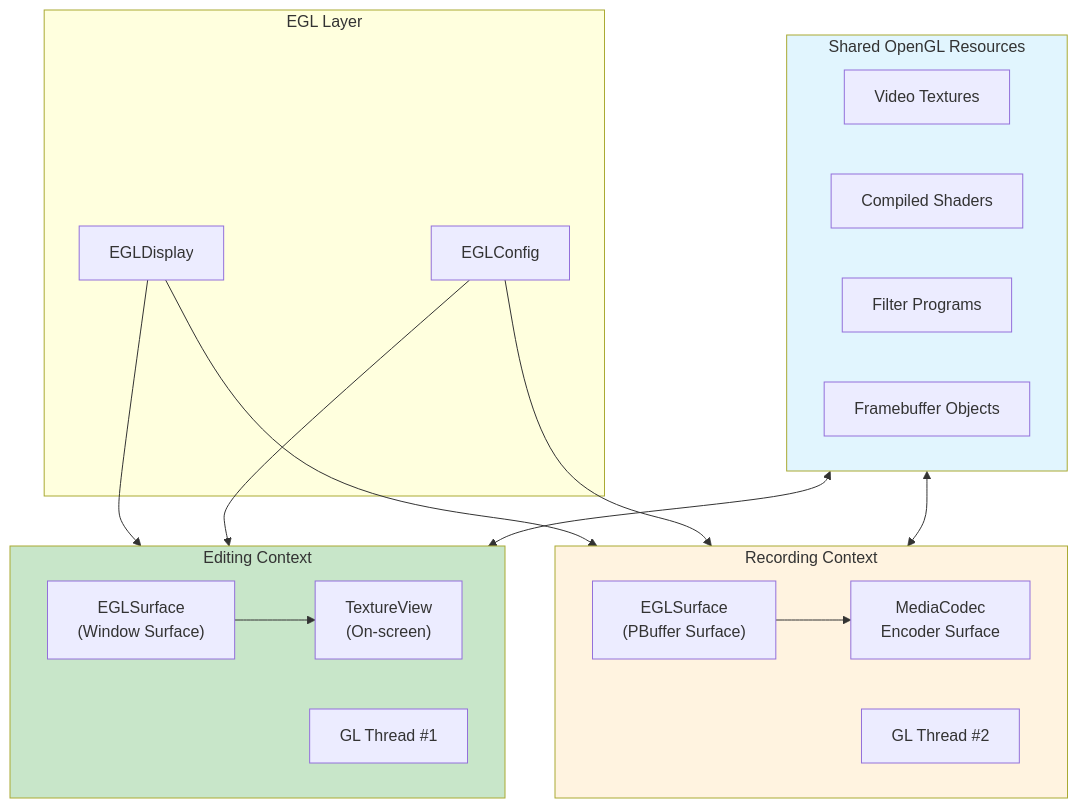
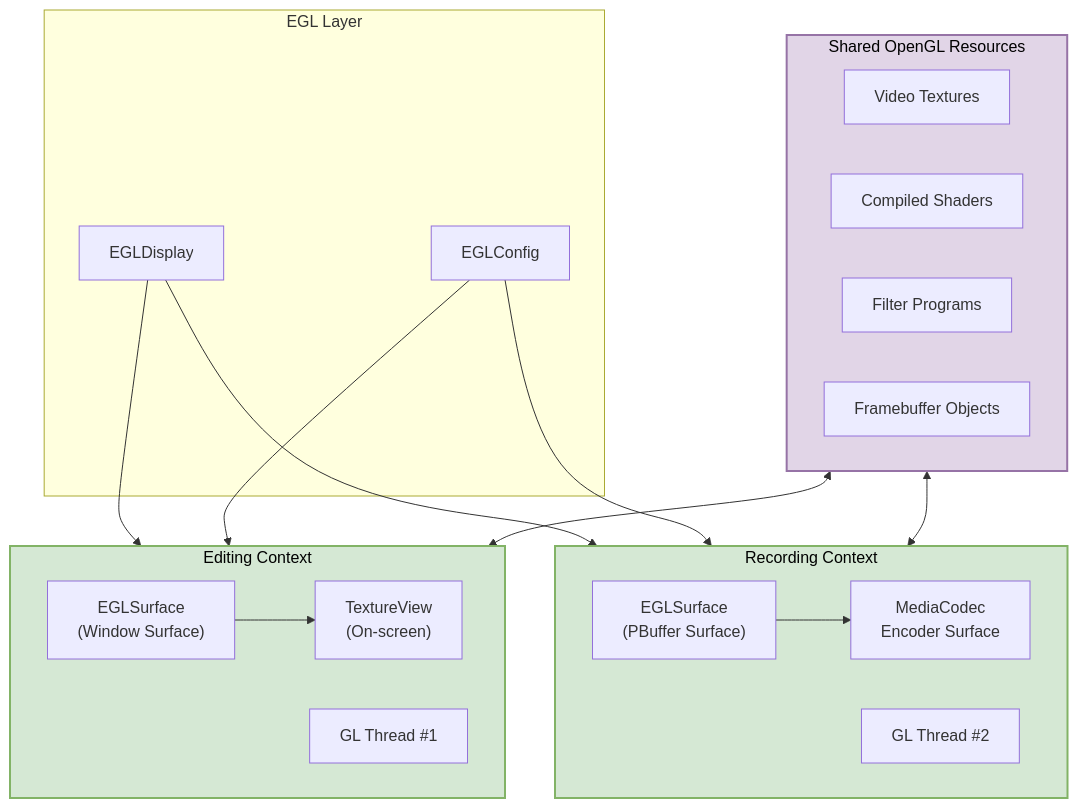
One commit to monday8am/monday8am.github.io changed the second of 5 diagrams in _posts/2021-11-21-storybeat-tales.md. Above: the diagram before and after it, drawn with Mermaid. The commit also changed other lines of this file, not shown here.

````diff
--- a/_posts/2021-11-21-storybeat-tales.md
+++ b/_posts/2021-11-21-storybeat-tales.md
@@ -118,42 +140,46 @@
 ```mermaid
 flowchart TB
+    classDef blue fill:#dae8fc,stroke:#6c8ebf,stroke-width:2px,color:black
+    classDef green fill:#d5e8d4,stroke:#82b366,stroke-width:2px,color:black
+    classDef purple fill:#e1d5e7,stroke:#9673a6,stroke-width:2px,color:black
+
     subgraph EGL["EGL Layer"]
         EGLDisplay["EGLDisplay"]
         EGLConfig["EGLConfig"]
     end
 
     subgraph SharedResources["Shared OpenGL Resources"]
         direction LR
         Textures["Video Textures"]
         Shaders["Compiled Shaders"]
         Filters["Filter Programs"]
         FBOs["Framebuffer Objects"]
     end
 
     subgraph EditContext["Editing Context"]
         EditSurface["EGLSurface<br/>(Window Surface)"]
         EditThread["GL Thread #1"]
         TextView["TextureView<br/>(On-screen)"]
     end
 
     subgraph RecordContext["Recording Context"]
         RecordSurface["EGLSurface<br/>(PBuffer Surface)"]
         RecordThread["GL Thread #2"]
         Encoder["MediaCodec<br/>Encoder Surface"]
     end
 
     EGLDisplay --> EditContext
     EGLDisplay --> RecordContext
     EGLConfig --> EditContext
     EGLConfig --> RecordContext
 
     SharedResources <--> EditContext
     SharedResources <--> RecordContext
 
     EditSurface --> TextView
     RecordSurface --> Encoder
 
-    style SharedResources fill:#e1f5fe
-    style EditContext fill:#c8e6c9
-    style RecordContext fill:#fff3e0
+    style SharedResources fill:#e1d5e7,stroke:#9673a6,stroke-width:2px,color:black
+    style EditContext fill:#d5e8d4,stroke:#82b366,stroke-width:2px,color:black
+    style RecordContext fill:#d5e8d4,stroke:#82b366,stroke-width:2px,color:black
 ```
````
